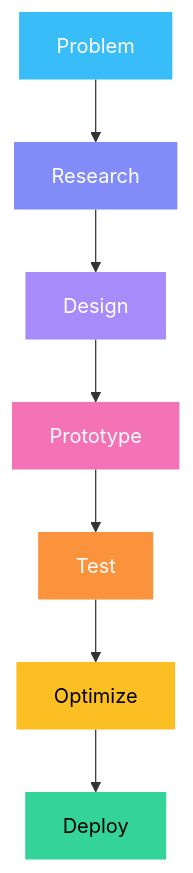
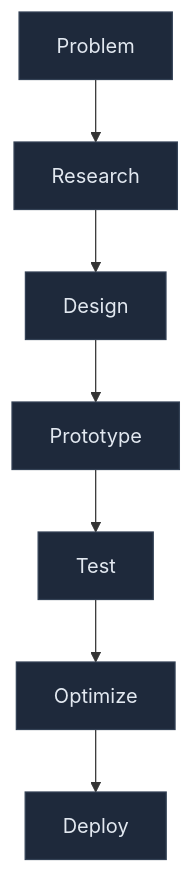
The diagram in README.md (negussmr/negussmr), drawn with Mermaid before and after one commit. The commit also changed other lines of this file, not shown here.

````diff
--- a/README.md
+++ b/README.md
@@ -112,17 +110,17 @@
 ```mermaid
 flowchart TD
     A[Problem] --> B[Research]
     B --> C[Design]
     C --> D[Prototype]
     D --> E[Test]
     E --> F[Optimize]
     F --> G[Deploy]
 
-    style A fill:#38BDF8,color:#fff,stroke:none
-    style B fill:#818CF8,color:#fff,stroke:none
-    style C fill:#A78BFA,color:#fff,stroke:none
-    style D fill:#F472B6,color:#fff,stroke:none
-    style E fill:#FB923C,color:#fff,stroke:none
-    style F fill:#FBBF24,color:#000,stroke:none
-    style G fill:#34D399,color:#000,stroke:none
+    style A fill:#1E293B,color:#E2E8F0,stroke:#334155
+    style B fill:#1E293B,color:#E2E8F0,stroke:#334155
+    style C fill:#1E293B,color:#E2E8F0,stroke:#334155
+    style D fill:#1E293B,color:#E2E8F0,stroke:#334155
+    style E fill:#1E293B,color:#E2E8F0,stroke:#334155
+    style F fill:#1E293B,color:#E2E8F0,stroke:#334155
+    style G fill:#1E293B,color:#E2E8F0,stroke:#334155
 ```
````
